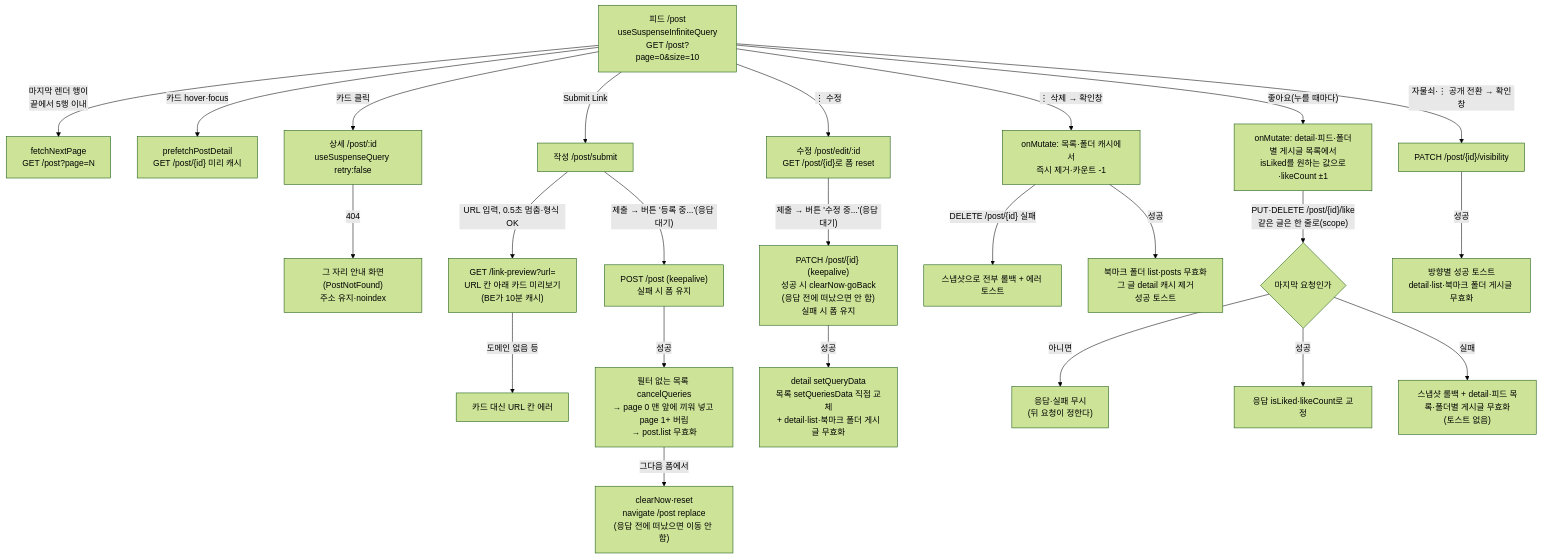
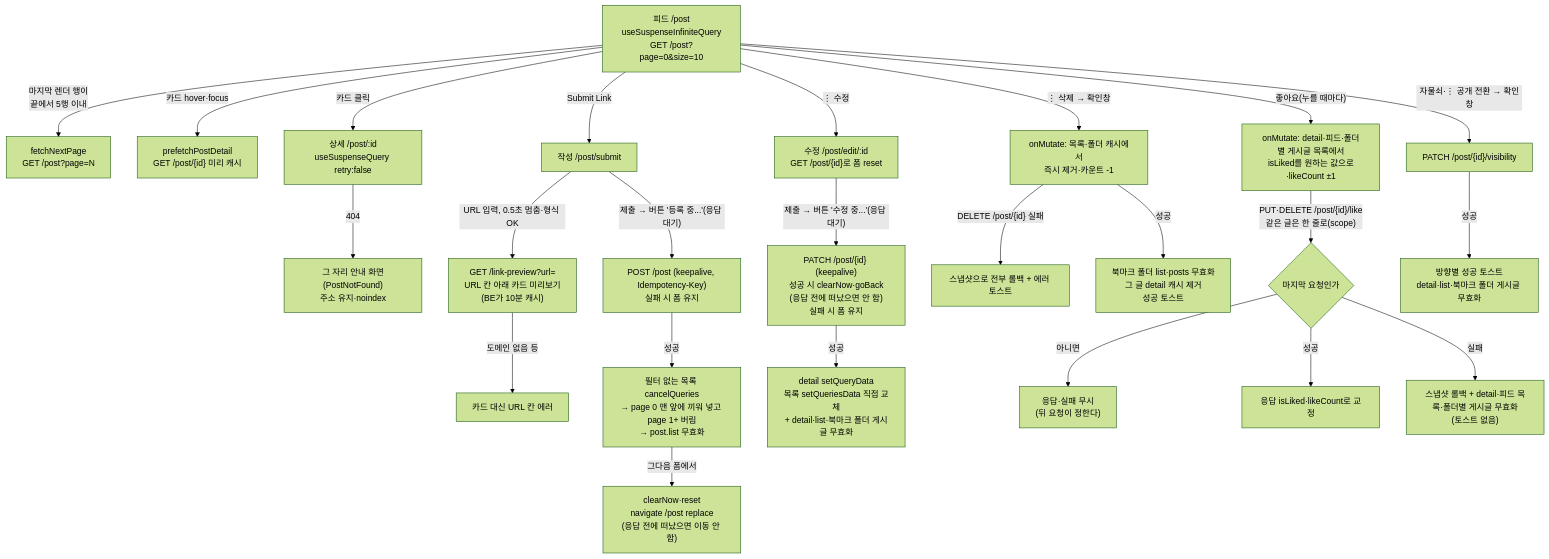
One commit to BAECHAN/link-sphere_FE_NEW changed the diagram in docs/POST.md. Above: the diagram before and after it, drawn with Mermaid (forest theme). The commit also changed other lines of this file and 38 other files, not shown here.

````diff
--- a/docs/POST.md
+++ b/docs/POST.md
@@ -38,31 +38,31 @@
 ```mermaid
 flowchart TD
   Feed["피드 /post<br/>useSuspenseInfiniteQuery<br/>GET /post?page=0&size=10"] -->|"마지막 렌더 행이<br/>끝에서 5행 이내"| Next["fetchNextPage<br/>GET /post?page=N"]
   Feed -->|"카드 hover·focus"| Prefetch["prefetchPostDetail<br/>GET /post/{id} 미리 캐시"]
   Feed -->|"카드 클릭"| Detail["상세 /post/:id<br/>useSuspenseQuery retry:false"]
   Detail -->|"404"| NotFound["그 자리 안내 화면(PostNotFound)<br/>주소 유지·noindex"]
 
   Feed -->|"Submit Link"| Create["작성 /post/submit"]
   Create -->|"URL 입력, 0.5초 멈춤·형식 OK"| Preview["GET /link-preview?url=<br/>URL 칸 아래 카드 미리보기<br/>(BE가 10분 캐시)"]
   Preview -->|"도메인 없음 등"| PreviewErr["카드 대신 URL 칸 에러"]
-  Create -->|"제출 → 버튼 '등록 중...'(응답 대기)"| CreateReq["POST /post (keepalive)<br/>실패 시 폼 유지"]
+  Create -->|"제출 → 버튼 '등록 중...'(응답 대기)"| CreateReq["POST /post (keepalive, Idempotency-Key)<br/>실패 시 폼 유지"]
   CreateReq -->|"성공"| CreateOk["필터 없는 목록 cancelQueries<br/>→ page 0 맨 앞에 끼워 넣고 page 1+ 버림<br/>→ post.list 무효화"]
   CreateOk -->|"그다음 폼에서"| CreateNav["clearNow·reset<br/>navigate /post replace<br/>(응답 전에 떠났으면 이동 안 함)"]
 
   Feed -->|"⋮ 수정"| Edit["수정 /post/edit/:id<br/>GET /post/{id}로 폼 reset"]
   Edit -->|"제출 → 버튼 '수정 중...'(응답 대기)"| EditReq["PATCH /post/{id} (keepalive)<br/>성공 시 clearNow·goBack<br/>(응답 전에 떠났으면 안 함)<br/>실패 시 폼 유지"]
   EditReq -->|"성공"| EditOk["detail setQueryData<br/>목록 setQueriesData 직접 교체<br/>+ detail·list·북마크 폴더 게시글 무효화"]
 
   Feed -->|"⋮ 삭제 → 확인창"| Del["onMutate: 목록·폴더 캐시에서<br/>즉시 제거·카운트 -1"]
   Del -->|"DELETE /post/{id} 실패"| DelRollback["스냅샷으로 전부 롤백 + 에러 토스트"]
   Del -->|"성공"| DelOk["북마크 폴더 list·posts 무효화<br/>그 글 detail 캐시 제거<br/>성공 토스트"]
 
   Feed -->|"좋아요(누를 때마다)"| Like["onMutate: detail·피드·폴더별 게시글 목록에서<br/>isLiked를 원하는 값으로·likeCount ±1"]
   Like -->|"PUT·DELETE /post/{id}/like<br/>같은 글은 한 줄로(scope)"| LikeLast{"마지막 요청인가"}
   LikeLast -->|"아니면"| LikeSkip["응답·실패 무시<br/>(뒤 요청이 정한다)"]
   LikeLast -->|"성공"| LikeOk["응답 isLiked·likeCount로 교정"]
   LikeLast -->|"실패"| LikeRollback["스냅샷 롤백 + detail·피드 목록·폴더별 게시글 무효화<br/>(토스트 없음)"]
 
   Feed -->|"자물쇠·⋮ 공개 전환 → 확인창"| Vis["PATCH /post/{id}/visibility"]
   Vis -->|"성공"| VisOk["방향별 성공 토스트<br/>detail·list·북마크 폴더 게시글 무효화"]
 ```
````
